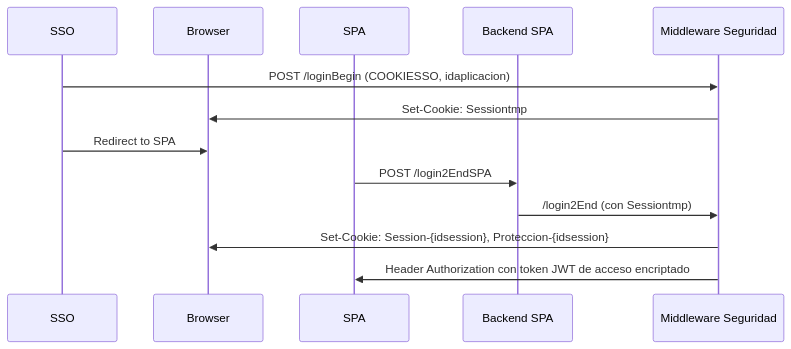
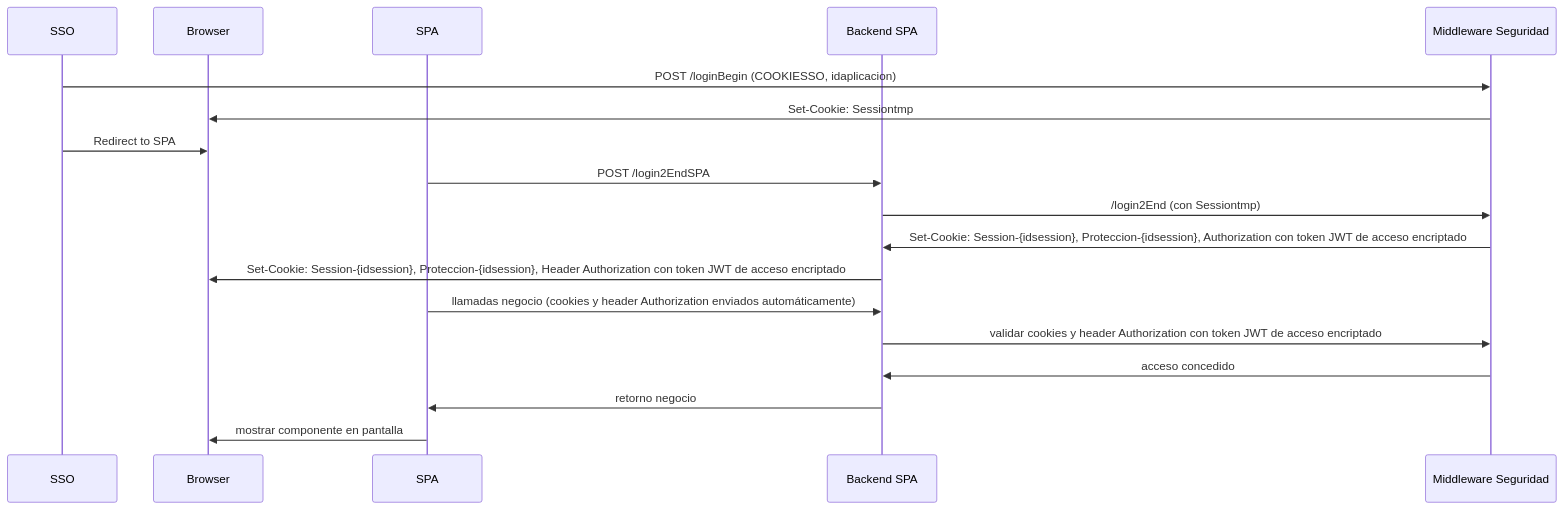
Before and after one commit to Cortadai/spring-security-poc: the diagram in objetivo.md, drawn with Mermaid.

````diff
--- a/objetivo.md
+++ b/objetivo.md
@@ -32,16 +32,21 @@
 ```mermaid
 sequenceDiagram
     participant SSO
     participant Browser
     participant SPA
     participant Backend SPA
     participant Middleware Seguridad
 
     SSO->>Middleware Seguridad: POST /loginBegin (COOKIESSO, idaplicacion)
     Middleware Seguridad->>Browser: Set-Cookie: Sessiontmp
     SSO->>Browser: Redirect to SPA
     SPA->>Backend SPA: POST /login2EndSPA
     Backend SPA->>Middleware Seguridad: /login2End (con Sessiontmp)
-    Middleware Seguridad->>Browser: Set-Cookie: Session-{idsession}, Proteccion-{idsession}
-    Middleware Seguridad->>SPA: Header Authorization con token JWT de acceso encriptado
+    Middleware Seguridad->>Backend SPA: Set-Cookie: Session-{idsession}, Proteccion-{idsession}, Authorization con token JWT de acceso encriptado
+    Backend SPA->>Browser: Set-Cookie: Session-{idsession}, Proteccion-{idsession}, Header Authorization con token JWT de acceso encriptado
+    SPA->>Backend SPA: llamadas negocio (cookies y header Authorization enviados automáticamente)
+    Backend SPA->>Middleware Seguridad: validar cookies y header Authorization con token JWT de acceso encriptado
+    Middleware Seguridad->>Backend SPA: acceso concedido
+    Backend SPA->>SPA: retorno negocio
+    SPA->>Browser: mostrar componente en pantalla
 ```
````
